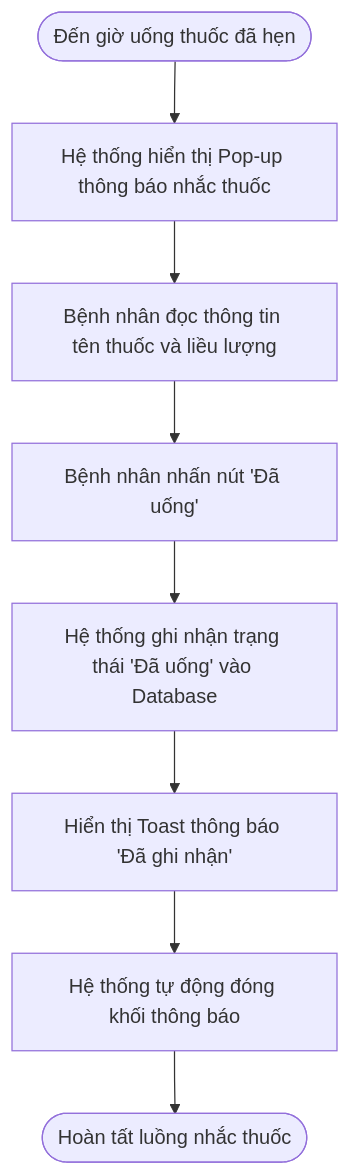
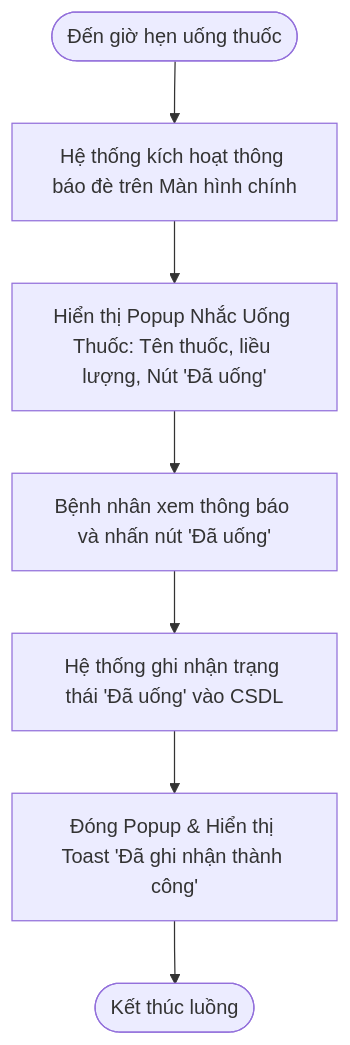
Before and after one commit to IT105-K25-Phan-tich-thi-t-k-h-th-ng/bt2ss14: the diagram in README.md, drawn with Mermaid. The commit also changed other lines of this file, not shown here.

Commit message:
update README with diagram and report

````diff
--- a/README.md
+++ b/README.md
@@ -12,10 +12,9 @@
 ```mermaid
 graph TD
-  Start([Đến giờ uống thuốc đã hẹn]) --> PushPopup[Hệ thống hiển thị Pop-up thông báo nhắc thuốc]
-  PushPopup --> ReadNotice[Bệnh nhân đọc thông tin tên thuốc và liều lượng]
-  ReadNotice --> ClickBtn[Bệnh nhân nhấn nút 'Đã uống']
-  ClickBtn --> RecordLog[Hệ thống ghi nhận trạng thái 'Đã uống' vào Database]
-  RecordLog --> ShowToast[Hiển thị Toast thông báo 'Đã ghi nhận']
-  ShowToast --> ClosePopup[Hệ thống tự động đóng khối thông báo]
-  ClosePopup --> End([Hoàn tất luồng nhắc thuốc])
+  Start([Đến giờ hẹn uống thuốc]) --> SysTrigger[Hệ thống kích hoạt thông báo đè trên Màn hình chính]
+  SysTrigger --> DisplayPop[Hiển thị Popup Nhắc Uống Thuốc: Tên thuốc, liều lượng, Nút 'Đã uống']
+  DisplayPop --> UserAction[Bệnh nhân xem thông báo và nhấn nút 'Đã uống']
+  UserAction --> SaveState[Hệ thống ghi nhận trạng thái 'Đã uống' vào CSDL]
+  SaveState --> ShowConfirm[Đóng Popup & Hiển thị Toast 'Đã ghi nhận thành công']
+  ShowConfirm --> End([Kết thúc luồng])
 ```
````
